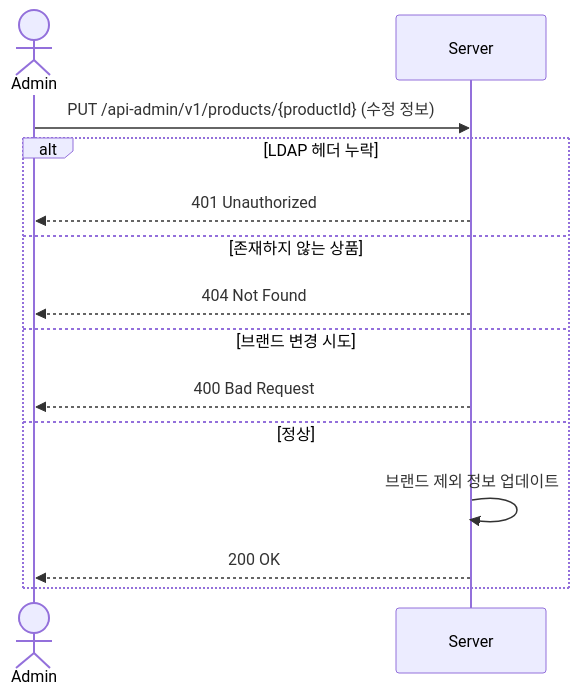
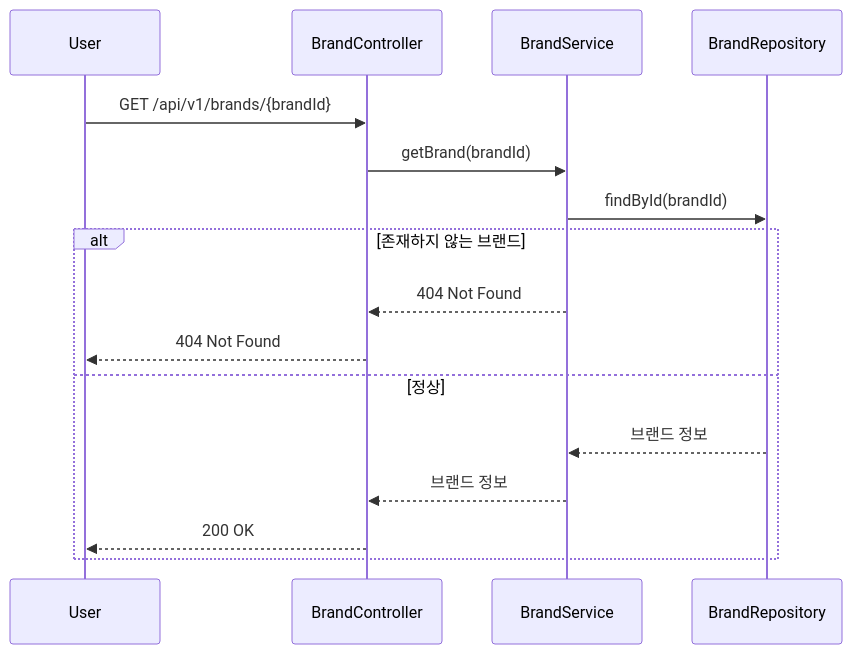
One commit to loopers-labs/loop-pack-be-l2-vol4-java changed the fourth of 34 diagrams in .docs/design/sequence-diagrams.md. Above: the diagram before and after it, drawn with Mermaid. The commit also changed other lines of this file and 1 other file, not shown here.

Commit message:
fix: 관리자 모듈 지우고 각 브랜드&상품-어드민, 주문-어드민으로 분리 브랜드&상품 누락 유스케이스 추가 어드민 권한 확인 로직 main flow 에 추가

````diff
--- a/.docs/design/sequence-diagrams.md
+++ b/.docs/design/sequence-diagrams.md
@@ -103,17 +84,20 @@
 ```mermaid
 sequenceDiagram
-    actor Admin
-    participant Server
+    participant User
+    participant BrandController
+    participant BrandService
+    participant BrandRepository
 
-    Admin->>Server: PUT /api-admin/v1/products/{productId} (수정 정보)
-    alt LDAP 헤더 누락
-        Server-->>Admin: 401 Unauthorized
-    else 존재하지 않는 상품
-        Server-->>Admin: 404 Not Found
-    else 브랜드 변경 시도
-        Server-->>Admin: 400 Bad Request
+    User->>BrandController: GET /api/v1/brands/{brandId}
+    BrandController->>BrandService: getBrand(brandId)
+    BrandService->>BrandRepository: findById(brandId)
+
+    alt 존재하지 않는 브랜드
+        BrandService-->>BrandController: 404 Not Found
+        BrandController-->>User: 404 Not Found
     else 정상
-        Server->>Server: 브랜드 제외 정보 업데이트
-        Server-->>Admin: 200 OK
+        BrandRepository-->>BrandService: 브랜드 정보
+        BrandService-->>BrandController: 브랜드 정보
+        BrandController-->>User: 200 OK
     end
 ```
````
